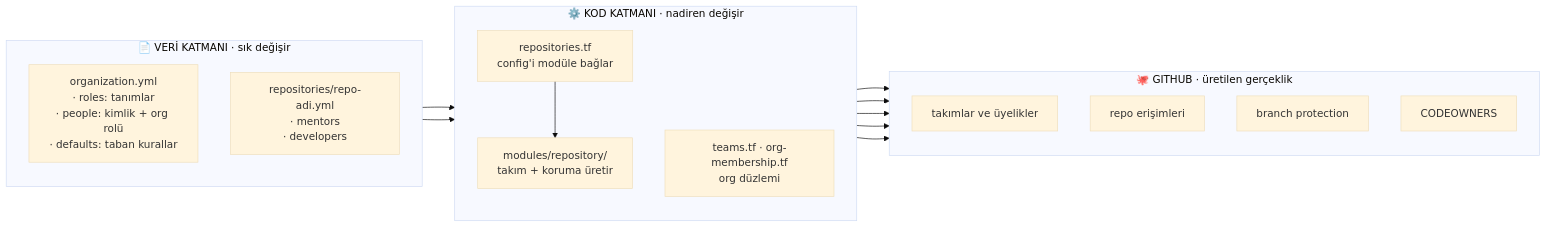
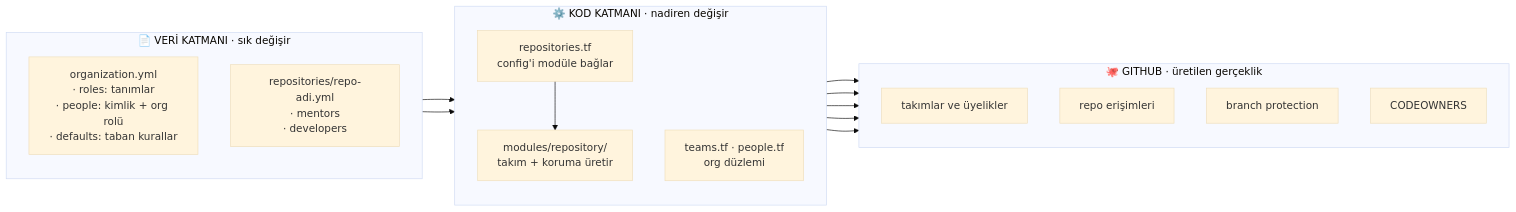
The third of 4 diagrams in docs/rbac-and-permissions.md (uslanozan/Tidyorg), drawn with Mermaid (base theme) before and after one commit. The commit also changed 11 other files, not shown here.

Commit message:
feat(terraform): drive org membership and admin team from people config

````diff
--- a/docs/rbac-and-permissions.md
+++ b/docs/rbac-and-permissions.md
@@ -196,32 +196,32 @@
 ```mermaid
 flowchart LR
     subgraph CFG["📄 VERİ KATMANI · sık değişir"]
         direction TB
         C1["organization.yml<br/>· roles: tanımlar<br/>· people: kimlik + org rolü<br/>· defaults: taban kurallar"]
         C2["repositories/repo-adi.yml<br/>· mentors<br/>· developers"]
     end
 
     subgraph HCL["⚙️ KOD KATMANI · nadiren değişir"]
         direction TB
         H1["repositories.tf<br/>config'i modüle bağlar"]
         H2["modules/repository/<br/>takım + koruma üretir"]
-        H3["teams.tf · org-membership.tf<br/>org düzlemi"]
+        H3["teams.tf · people.tf<br/>org düzlemi"]
     end
 
     subgraph GH["🐙 GITHUB · üretilen gerçeklik"]
         direction TB
         G1["takımlar ve üyelikler"]
         G2["repo erişimleri"]
         G3["branch protection"]
         G4["CODEOWNERS"]
     end
 
     C1 --> H1
     C2 --> H1
     H1 --> H2
     H2 --> G1
     H2 --> G2
     H2 --> G3
     H2 --> G4
     H3 --> G1
 ```
````
